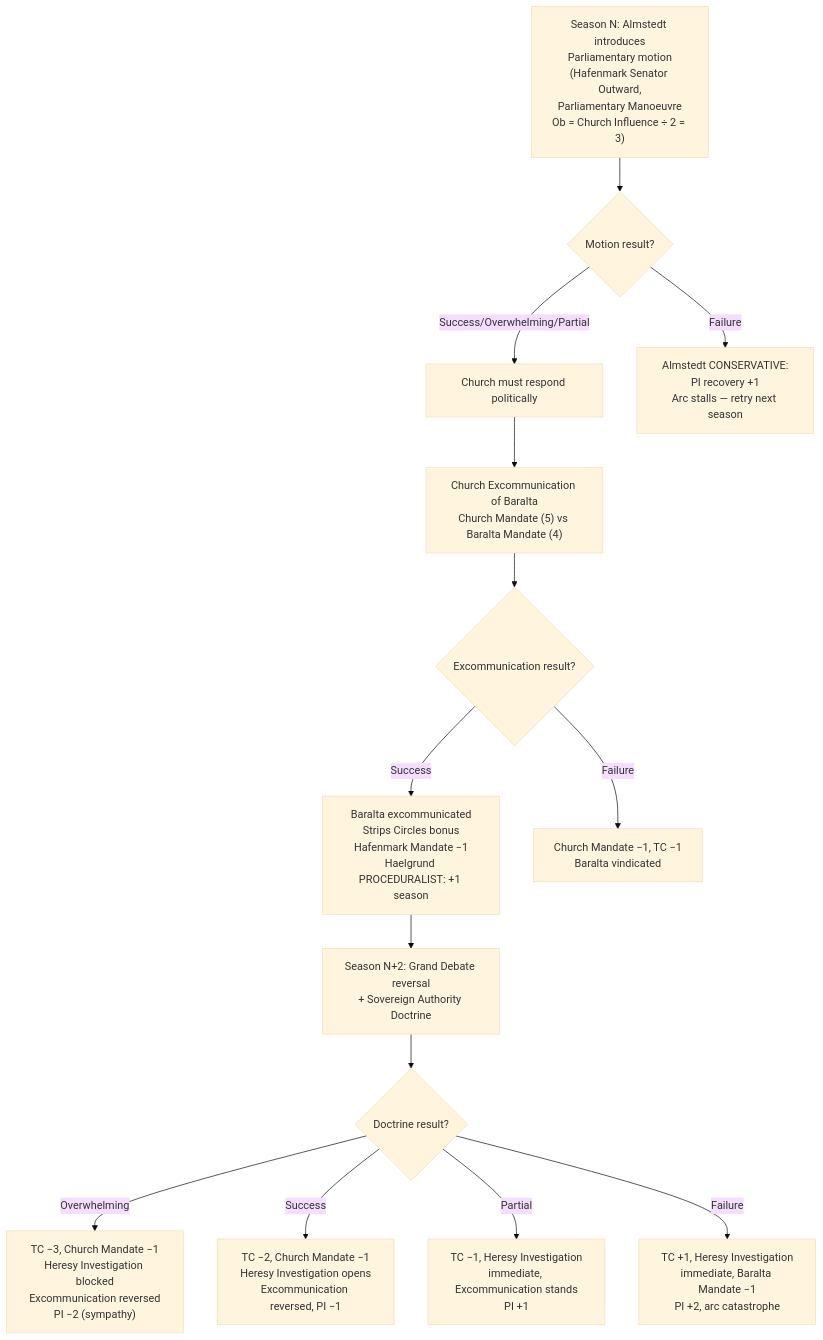
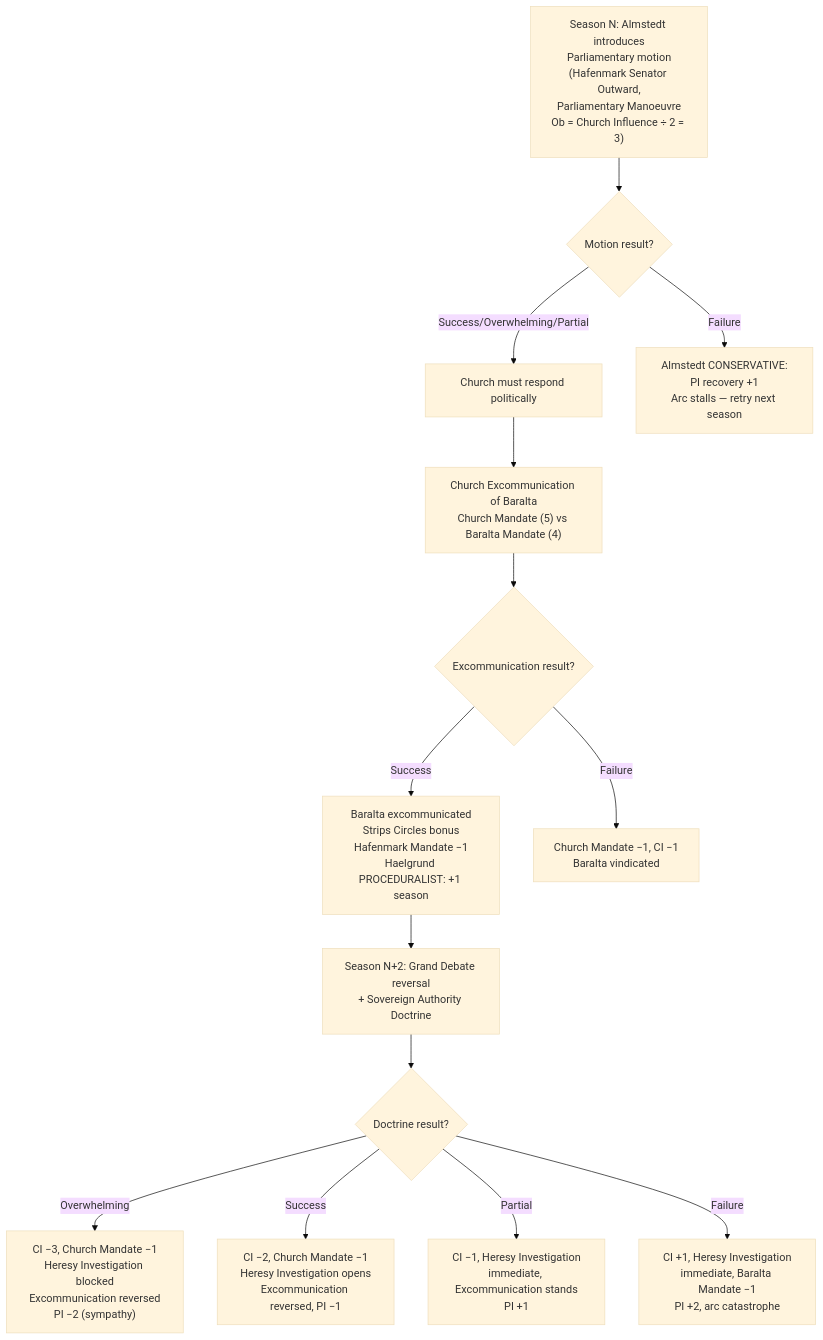
Before and after one commit to jordanelias/ttrpg: the first of 5 diagrams in designs/arcs/gm_ref/arcs_10_18.md, drawn with Mermaid (base theme). The commit also changed other lines of this file and 19 other files, not shown here.

````diff
--- a/designs/arcs/gm_ref/arcs_10_18.md
+++ b/designs/arcs/gm_ref/arcs_10_18.md
@@ -72,16 +72,16 @@
 ```mermaid
 graph TD
     A["Season N: Almstedt introduces<br>Parliamentary motion<br>(Hafenmark Senator Outward,<br>Parliamentary Manoeuvre<br>Ob = Church Influence ÷ 2 = 3)"] --> B{Motion result?}
     B -->|Success/Overwhelming/Partial| C["Church must respond politically"]
     B -->|Failure| D["Almstedt CONSERVATIVE:<br>PI recovery +1<br>Arc stalls — retry next season"]
     C --> E["Church Excommunication of Baralta<br>Church Mandate (5) vs Baralta Mandate (4)"]
     E --> F{Excommunication result?}
     F -->|Success| G["Baralta excommunicated<br>Strips Circles bonus<br>Hafenmark Mandate −1<br>Haelgrund PROCEDURALIST: +1 season"]
-    F -->|Failure| H["Church Mandate −1, TC −1<br>Baralta vindicated"]
+    F -->|Failure| H["Church Mandate −1, CI −1<br>Baralta vindicated"]
     G --> I["Season N+2: Grand Debate reversal<br>+ Sovereign Authority Doctrine"]
     I --> J{Doctrine result?}
-    J -->|Overwhelming| K["TC −3, Church Mandate −1<br>Heresy Investigation blocked<br>Excommunication reversed<br>PI −2 (sympathy)"]
-    J -->|Success| L["TC −2, Church Mandate −1<br>Heresy Investigation opens<br>Excommunication reversed, PI −1"]
-    J -->|Partial| M["TC −1, Heresy Investigation<br>immediate, Excommunication stands<br>PI +1"]
-    J -->|Failure| N["TC +1, Heresy Investigation<br>immediate, Baralta Mandate −1<br>PI +2, arc catastrophe"]
+    J -->|Overwhelming| K["CI −3, Church Mandate −1<br>Heresy Investigation blocked<br>Excommunication reversed<br>PI −2 (sympathy)"]
+    J -->|Success| L["CI −2, Church Mandate −1<br>Heresy Investigation opens<br>Excommunication reversed, PI −1"]
+    J -->|Partial| M["CI −1, Heresy Investigation<br>immediate, Excommunication stands<br>PI +1"]
+    J -->|Failure| N["CI +1, Heresy Investigation<br>immediate, Baralta Mandate −1<br>PI +2, arc catastrophe"]
 ```
````
